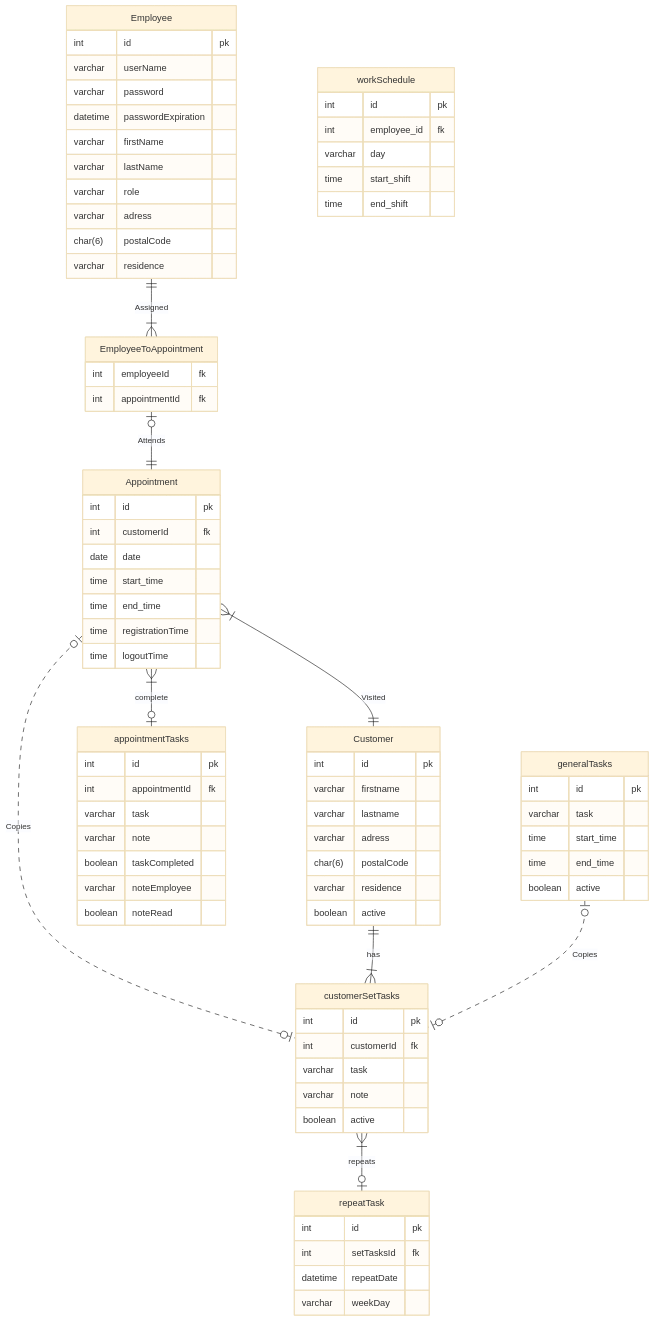
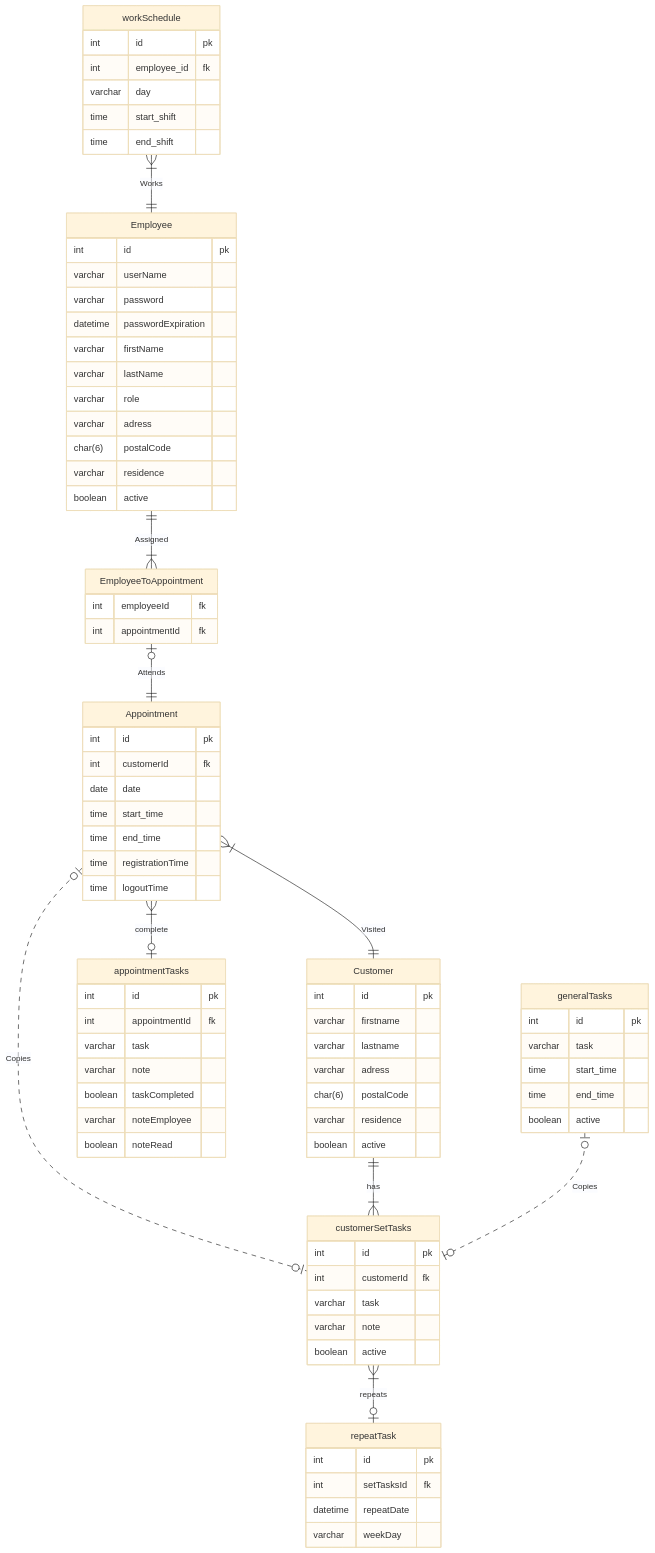
The diagram in documentation/ERD.md (Educom-Trainees/educom-zorgApp), drawn with Mermaid (base theme) before and after one commit.

```diff
--- a/documentation/ERD.md
+++ b/documentation/ERD.md
@@ -12,8 +12,11 @@
   varchar adress
   char(6) postalCode
   varchar residence
+  boolean active
   }
 
+
+  workSchedule }|--|| Employee : Works
   workSchedule{
   int id pk
   int employee_id fk
```
